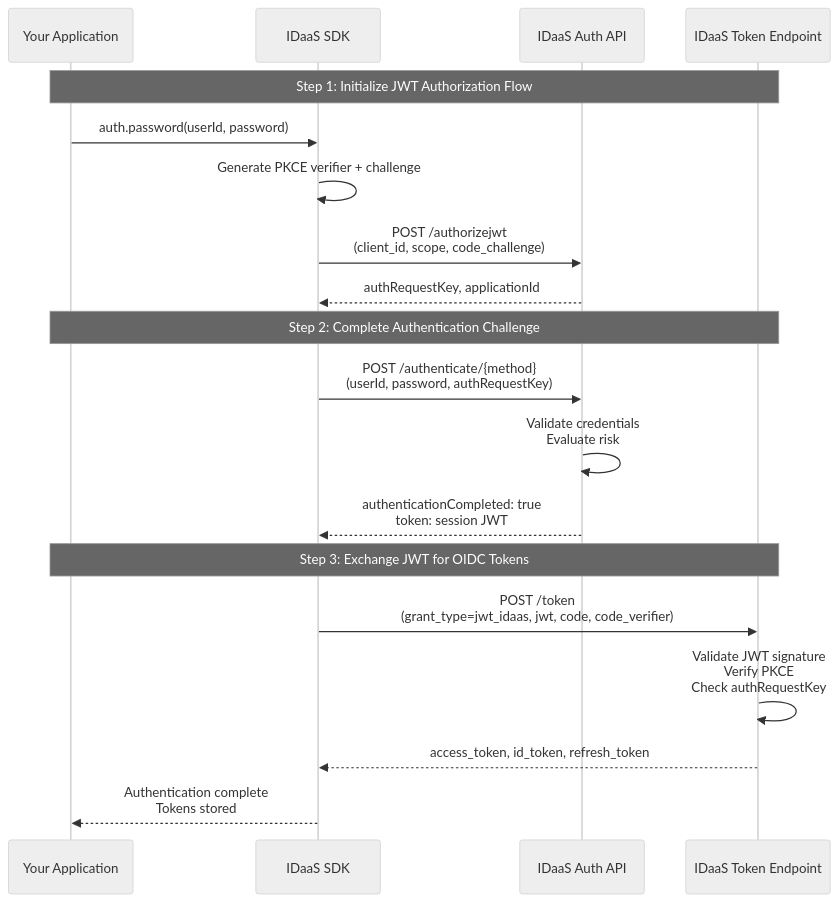
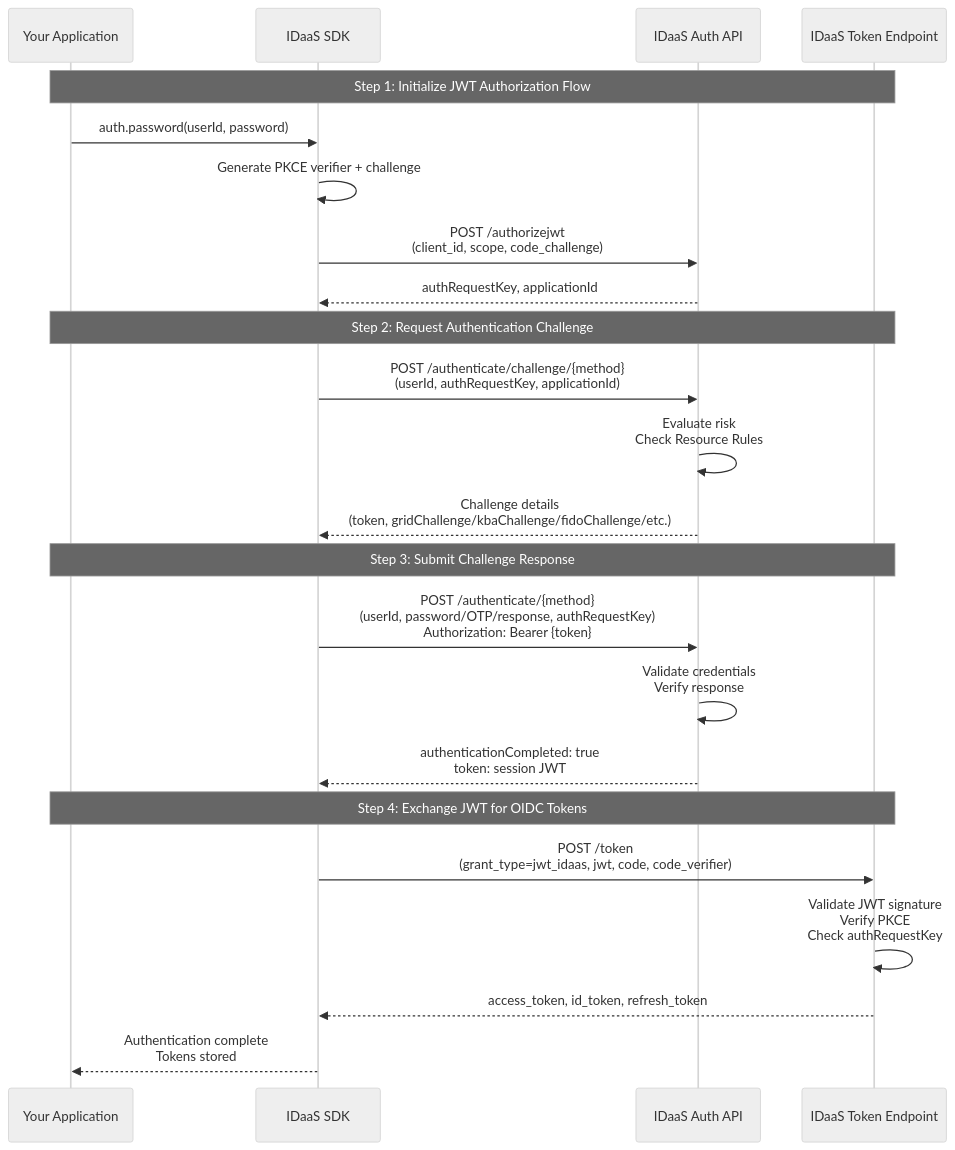
The diagram in docs/guides/jwt-idaas-grant.md (EntrustCorporation/idaas-auth-js), drawn with Mermaid (neutral theme) before and after one commit. The commit also changed other lines of this file, not shown here.

Commit message:
docs: update JWT IDaaS grant type flow with detailed authentication challenge steps

````diff
--- a/docs/guides/jwt-idaas-grant.md
+++ b/docs/guides/jwt-idaas-grant.md
@@ -20,24 +20,29 @@
 ```mermaid
 sequenceDiagram
     participant App as Your Application
     participant SDK as IDaaS SDK
     participant AuthAPI as IDaaS Auth API
     participant TokenEP as IDaaS Token Endpoint
 
     Note over App,TokenEP: Step 1: Initialize JWT Authorization Flow
     App->>SDK: auth.password(userId, password)
     SDK->>SDK: Generate PKCE verifier + challenge
     SDK->>AuthAPI: POST /authorizejwt<br/>(client_id, scope, code_challenge)
     AuthAPI-->>SDK: authRequestKey, applicationId
 
-    Note over App,TokenEP: Step 2: Complete Authentication Challenge
-    SDK->>AuthAPI: POST /authenticate/{method}<br/>(userId, password, authRequestKey)
-    AuthAPI->>AuthAPI: Validate credentials<br/>Evaluate risk
+    Note over App,TokenEP: Step 2: Request Authentication Challenge
+    SDK->>AuthAPI: POST /authenticate/challenge/{method}<br/>(userId, authRequestKey, applicationId)
+    AuthAPI->>AuthAPI: Evaluate risk<br/>Check Resource Rules
+    AuthAPI-->>SDK: Challenge details<br/>(token, gridChallenge/kbaChallenge/fidoChallenge/etc.)
+
+    Note over App,TokenEP: Step 3: Submit Challenge Response
+    SDK->>AuthAPI: POST /authenticate/{method}<br/>(userId, password/OTP/response, authRequestKey)<br/>Authorization: Bearer {token}
+    AuthAPI->>AuthAPI: Validate credentials<br/>Verify response
     AuthAPI-->>SDK: authenticationCompleted: true<br/>token: session JWT
 
-    Note over App,TokenEP: Step 3: Exchange JWT for OIDC Tokens
+    Note over App,TokenEP: Step 4: Exchange JWT for OIDC Tokens
     SDK->>TokenEP: POST /token<br/>(grant_type=jwt_idaas, jwt, code, code_verifier)
     TokenEP->>TokenEP: Validate JWT signature<br/>Verify PKCE<br/>Check authRequestKey
     TokenEP-->>SDK: access_token, id_token, refresh_token
     SDK-->>App: Authentication complete<br/>Tokens stored
 ```
````
